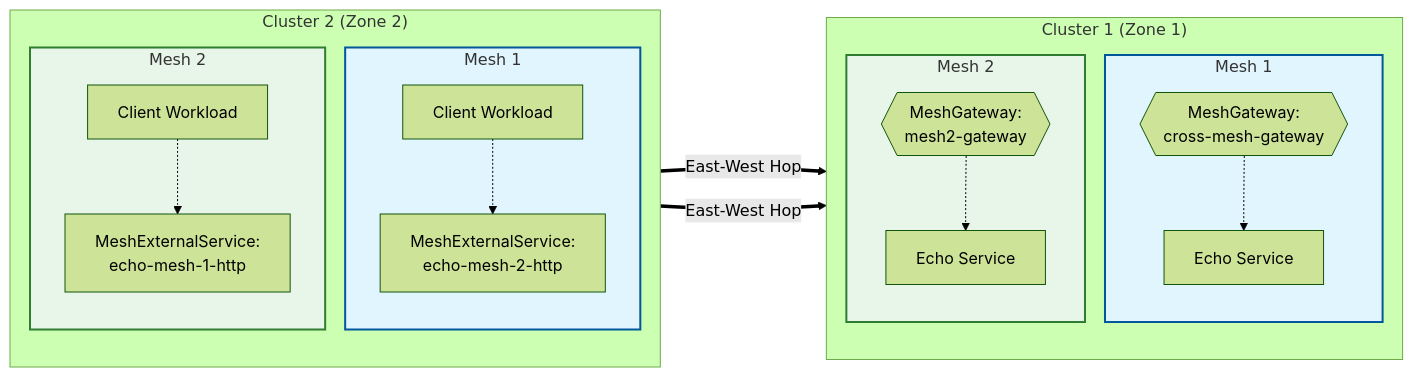
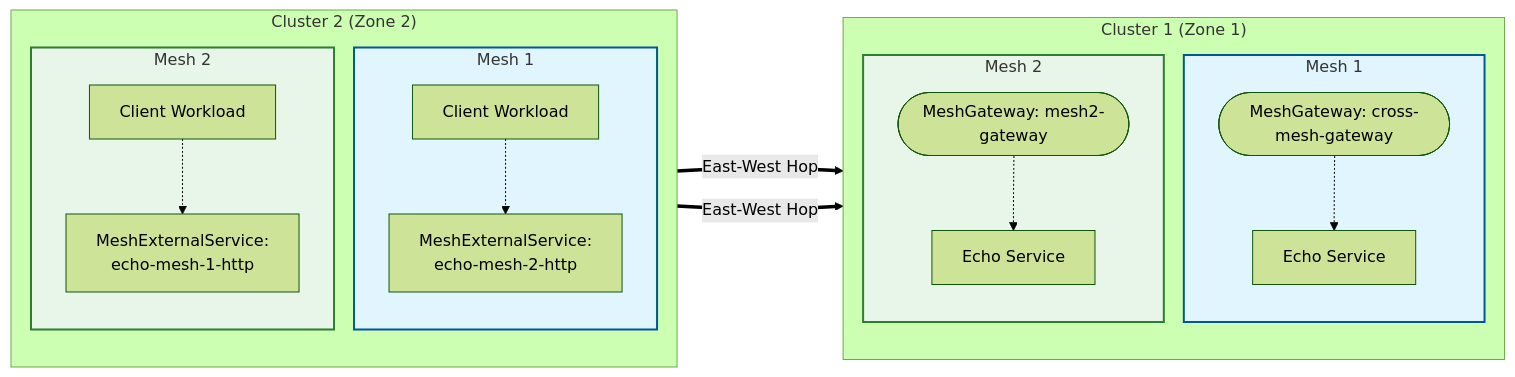
One commit to Kong/developer.konghq.com changed the diagram in app/mesh/mesh-to-mesh.md. Above: the diagram before and after it, drawn with Mermaid (forest theme). The commit also changed other lines of this file, not shown here.

```diff
--- a/app/mesh/mesh-to-mesh.md
+++ b/app/mesh/mesh-to-mesh.md
@@ -41,45 +49,45 @@
 {% mermaid %}
 flowchart LR
     subgraph C1["Cluster 1 (Zone 1)"]
         direction TB
         subgraph C1M1["Mesh 1"]
-            MGW1{{"MeshGateway:<br/>cross-mesh-gateway"}}
+            MGW1([MeshGateway: cross-mesh-gateway])
             Echo1[Echo Service]
         end
         subgraph C1M2["Mesh 2"]
-            MGW2{{"MeshGateway:<br/>mesh2-gateway"}}
+            MGW2([MeshGateway: mesh2-gateway])
             Echo2[Echo Service]
         end
     end
 
     subgraph C2["Cluster 2 (Zone 2)"]
         direction TB
         subgraph C2M1["Mesh 1"]
             Client1[Client Workload]
             MES_TO_M2[MeshExternalService:<br/>echo-mesh-2-http]
         end
         subgraph C2M2["Mesh 2"]
             Client2[Client Workload]
             MES_TO_M1[MeshExternalService:<br/>echo-mesh-1-http]
         end
     end
 
     %% Flow 1: Mesh 2 (Zone 2) -> Mesh 1 (Zone 1)
     Client2 -.-> MES_TO_M1
     MES_TO_M1 == "East-West Hop" ==> MGW1
     MGW1 -.-> Echo1
 
     %% Flow 2: Mesh 1 (Zone 2) -> Mesh 2 (Zone 1)
     Client1 -.-> MES_TO_M2
     MES_TO_M2 == "East-West Hop" ==> MGW2
     MGW2 -.-> Echo2
 
     %% Styling
     style C1M1 fill:#e1f5fe,stroke:#01579b,stroke-width:2px
     style C2M1 fill:#e1f5fe,stroke:#01579b,stroke-width:2px
     style C1M2 fill:#e8f5e9,stroke:#2e7d32,stroke-width:2px
     style C2M2 fill:#e8f5e9,stroke:#2e7d32,stroke-width:2px
     
-    classDef default font-family:Inter,Arial,sans-serif;
+    classDef meshgw font-family:Inter,Arial,sans-serif;
 
 {% endmermaid %}
```
